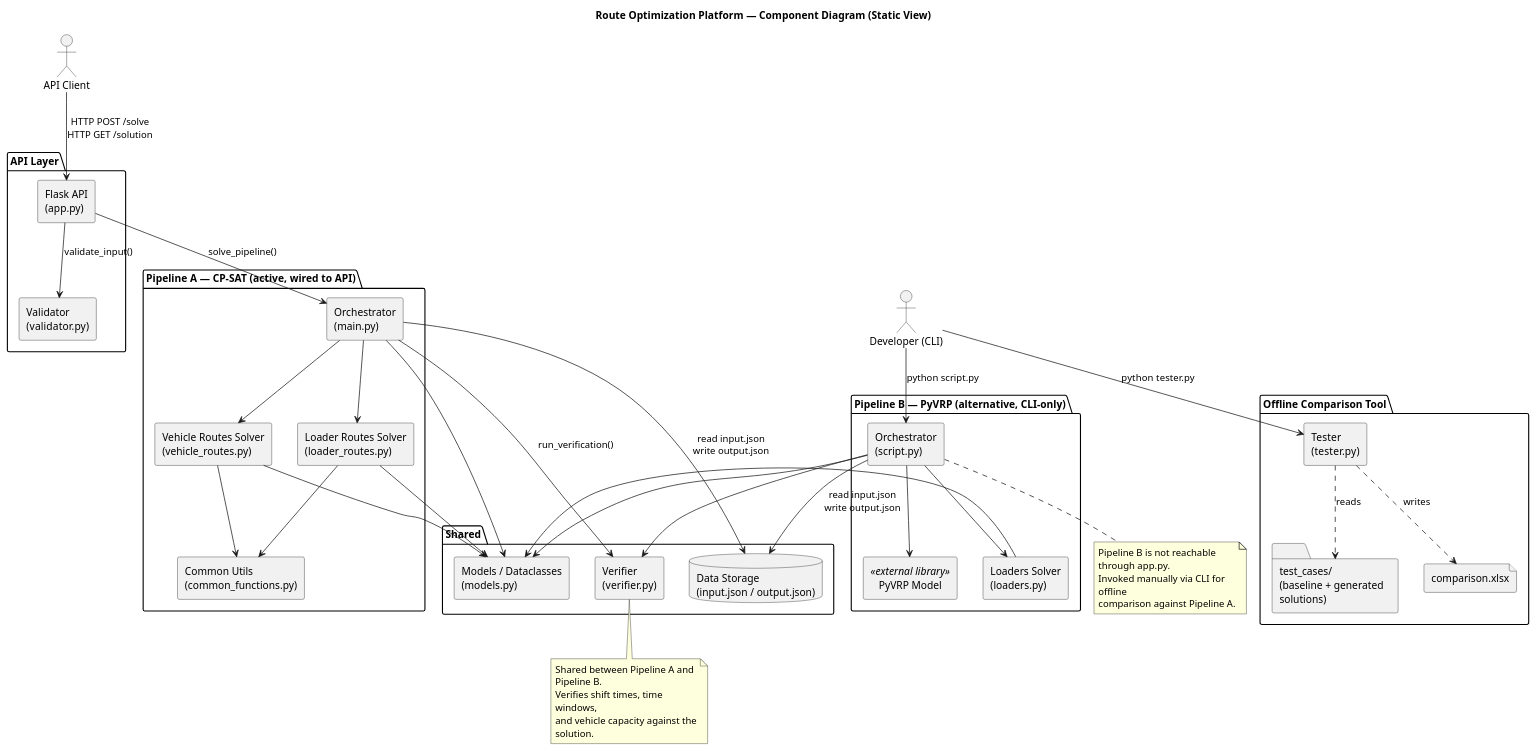
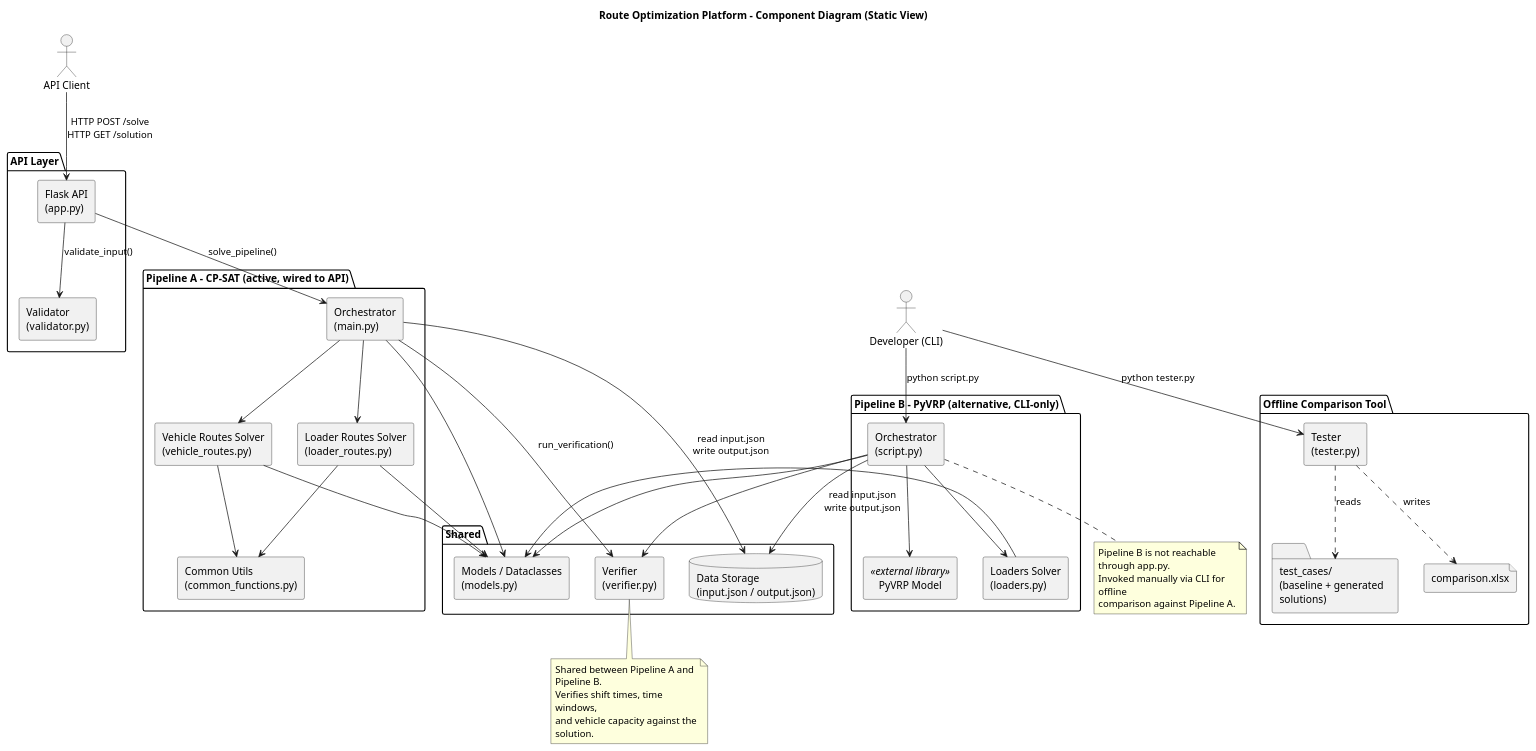
One commit to iu-students/route-optimization-platform changed the diagram in docs/architecture/static-view/component-diagram.puml. Above: the diagram before and after it, drawn with PlantUML. The commit also changed 41 other files, not shown here.

```diff
--- a/docs/architecture/static-view/component-diagram.puml
+++ b/docs/architecture/static-view/component-diagram.puml
@@ -1,84 +1,84 @@
 @startuml component-diagram
-title Route Optimization Platform — Component Diagram (Static View)
+title Route Optimization Platform - Component Diagram (Static View)
 
 skinparam componentStyle rectangle
 skinparam wrapWidth 200
 skinparam shadowing false
 
 actor "API Client" as Client
 actor "Developer (CLI)" as Developer
 
 package "API Layer" {
   [Flask API\n(app.py)] as API
   [Validator\n(validator.py)] as Validator
 }
 
-package "Pipeline A — CP-SAT (active, wired to API)" {
+package "Pipeline A - CP-SAT (active, wired to API)" {
   [Orchestrator\n(main.py)] as MainOrchestrator
   [Vehicle Routes Solver\n(vehicle_routes.py)] as VehicleRoutesSolver
   [Loader Routes Solver\n(loader_routes.py)] as LoaderRoutesSolver
   [Common Utils\n(common_functions.py)] as CommonUtils
 }
 
-package "Pipeline B — PyVRP (alternative, CLI-only)" {
+package "Pipeline B - PyVRP (alternative, CLI-only)" {
   [Orchestrator\n(script.py)] as ScriptOrchestrator
   [PyVRP Model] as PyVRPModel <<external library>>
   [Loaders Solver\n(loaders.py)] as LoadersSolver
 }
 
 package "Shared" {
   [Models / Dataclasses\n(models.py)] as Models
   [Verifier\n(verifier.py)] as Verifier
   database "Data Storage\n(input.json / output.json)" as DataStorage
 }
 
 package "Offline Comparison Tool" {
   [Tester\n(tester.py)] as Tester
   folder "test_cases/\n(baseline + generated solutions)" as TestCases
   file "comparison.xlsx" as ComparisonFile
 }
 
 ' --- layout hint: force CLI-driven flow below the API-driven flow ---
 Models -[hidden]d-> Developer
 
 ' --- API-driven flow (Pipeline A) ---
 Client --> API : HTTP POST /solve\nHTTP GET /solution
 API --> Validator : validate_input()
 API --> MainOrchestrator : solve_pipeline()
 MainOrchestrator --> VehicleRoutesSolver
 MainOrchestrator --> LoaderRoutesSolver
 VehicleRoutesSolver --> CommonUtils
 LoaderRoutesSolver --> CommonUtils
 MainOrchestrator --> Models
 VehicleRoutesSolver --> Models
 LoaderRoutesSolver --> Models
 MainOrchestrator --> DataStorage : read input.json\nwrite output.json
 MainOrchestrator --> Verifier : run_verification()
 
 ' --- CLI-driven flow (Pipeline B, not wired to API) ---
 Developer --> ScriptOrchestrator : python script.py
 ScriptOrchestrator --> PyVRPModel
 ScriptOrchestrator --> LoadersSolver
 ScriptOrchestrator --> Verifier
 ScriptOrchestrator --> Models
 LoadersSolver --> Models
 ScriptOrchestrator --> DataStorage : read input.json\nwrite output.json
 
 ' --- Offline comparison tool, file-based only ---
 Developer --> Tester : python tester.py
 Tester ..> TestCases : reads
 Tester ..> ComparisonFile : writes
 
 note bottom of ScriptOrchestrator
   Pipeline B is not reachable through app.py.
   Invoked manually via CLI for offline
   comparison against Pipeline A.
 end note
 
 note bottom of Verifier
   Shared between Pipeline A and Pipeline B.
   Verifies shift times, time windows,
   and vehicle capacity against the solution.
 end note
 
 @enduml
```
